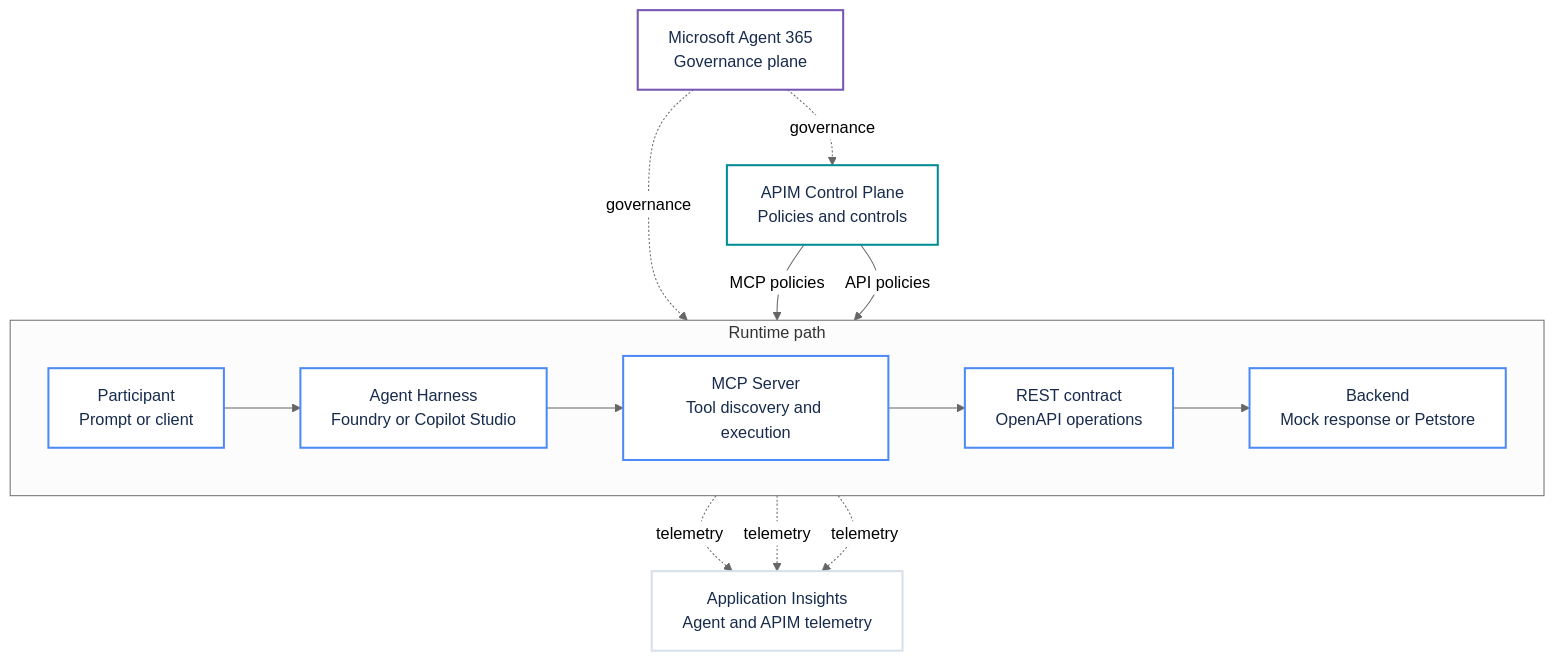
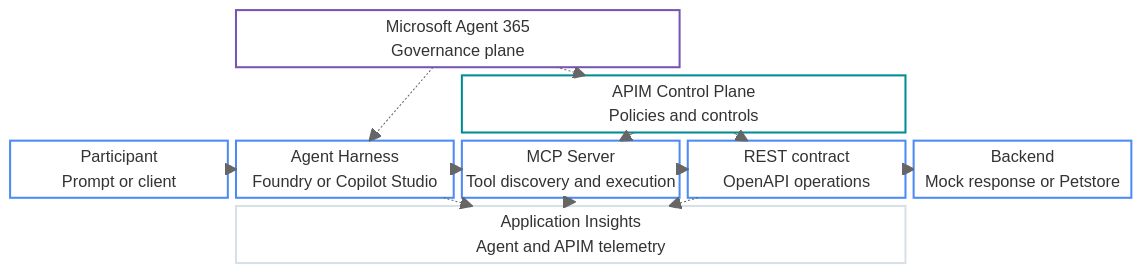
One commit to yurilausberg/foundry-apim-mcp-workshop changed the diagram in docs/architecture.md. Above: the diagram before and after it, drawn with Mermaid (neutral theme).

Commit message:
Fix reference architecture layout
Replace the free-form Mermaid graph with a fixed block grid that mirrors the slide 3 governance, runtime, control, and observability spans.

Copilot-Session: aa1a2148-b4d0-4cc5-94ea-497594b4b72a

````diff
--- a/docs/architecture.md
+++ b/docs/architecture.md
@@ -3,36 +3,31 @@
 ```mermaid
-flowchart TB
-    Agent365["Microsoft Agent 365<br/>Governance plane"]
-    APIM["APIM Control Plane<br/>Policies and controls"]
+block-beta
+    columns 5
+    space Agent365["Microsoft Agent 365<br/>Governance plane"]:2 space:2
+    space:2 APIM["APIM Control Plane<br/>Policies and controls"]:2 space
+    Participant["Participant<br/>Prompt or client"] Agent["Agent Harness<br/>Foundry or Copilot Studio"] MCP["MCP Server<br/>Tool discovery and execution"] Contract["REST contract<br/>OpenAPI operations"] Backend["Backend<br/>Mock response or Petstore"]
+    space Insights["Application Insights<br/>Agent and APIM telemetry"]:3 space
 
-    subgraph Runtime["Runtime path"]
-        direction LR
-        Participant["Participant<br/>Prompt or client"]
-        Agent["Agent Harness<br/>Foundry or Copilot Studio"]
-        MCP["MCP Server<br/>Tool discovery and execution"]
-        Contract["REST contract<br/>OpenAPI operations"]
-        Backend["Backend<br/>Mock response or Petstore"]
+    Participant --> Agent
+    Agent --> MCP
+    MCP --> Contract
+    Contract --> Backend
 
-        Participant --> Agent --> MCP --> Contract --> Backend
-    end
+    Agent365 -.-> Agent
+    Agent365 -.-> APIM
+    APIM --> MCP
+    APIM --> Contract
 
-    Insights["Application Insights<br/>Agent and APIM telemetry"]
+    Agent -.-> Insights
+    MCP -.-> Insights
+    Contract -.-> Insights
 
-    Agent365 -. governance .-> Agent
-    Agent365 -. governance .-> APIM
-    APIM -->|MCP policies| MCP
-    APIM -->|API policies| Contract
-
-    Agent -. telemetry .-> Insights
-    MCP -. telemetry .-> Insights
-    Contract -. telemetry .-> Insights
-
-    classDef governance fill:#ffffff,stroke:#7655b5,stroke-width:2px,color:#172b4d;
-    classDef control fill:#ffffff,stroke:#008c95,stroke-width:2px,color:#172b4d;
-    classDef runtime fill:#ffffff,stroke:#4c8bf5,stroke-width:2px,color:#172b4d;
-    classDef observe fill:#ffffff,stroke:#d7e0e8,stroke-width:2px,color:#172b4d;
-    class Agent365 governance;
-    class APIM control;
-    class Participant,Agent,MCP,Contract,Backend runtime;
-    class Insights observe;
+    classDef governance fill:#ffffff,stroke:#7655b5,stroke-width:2px,color:#172b4d
+    classDef control fill:#ffffff,stroke:#008c95,stroke-width:2px,color:#172b4d
+    classDef runtime fill:#ffffff,stroke:#4c8bf5,stroke-width:2px,color:#172b4d
+    classDef observe fill:#ffffff,stroke:#d7e0e8,stroke-width:2px,color:#172b4d
+    class Agent365 governance
+    class APIM control
+    class Participant,Agent,MCP,Contract,Backend runtime
+    class Insights observe
 ```
````
